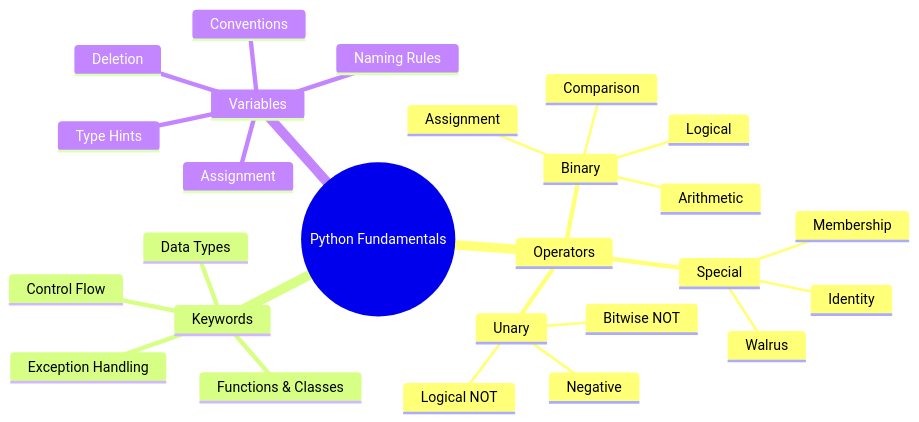
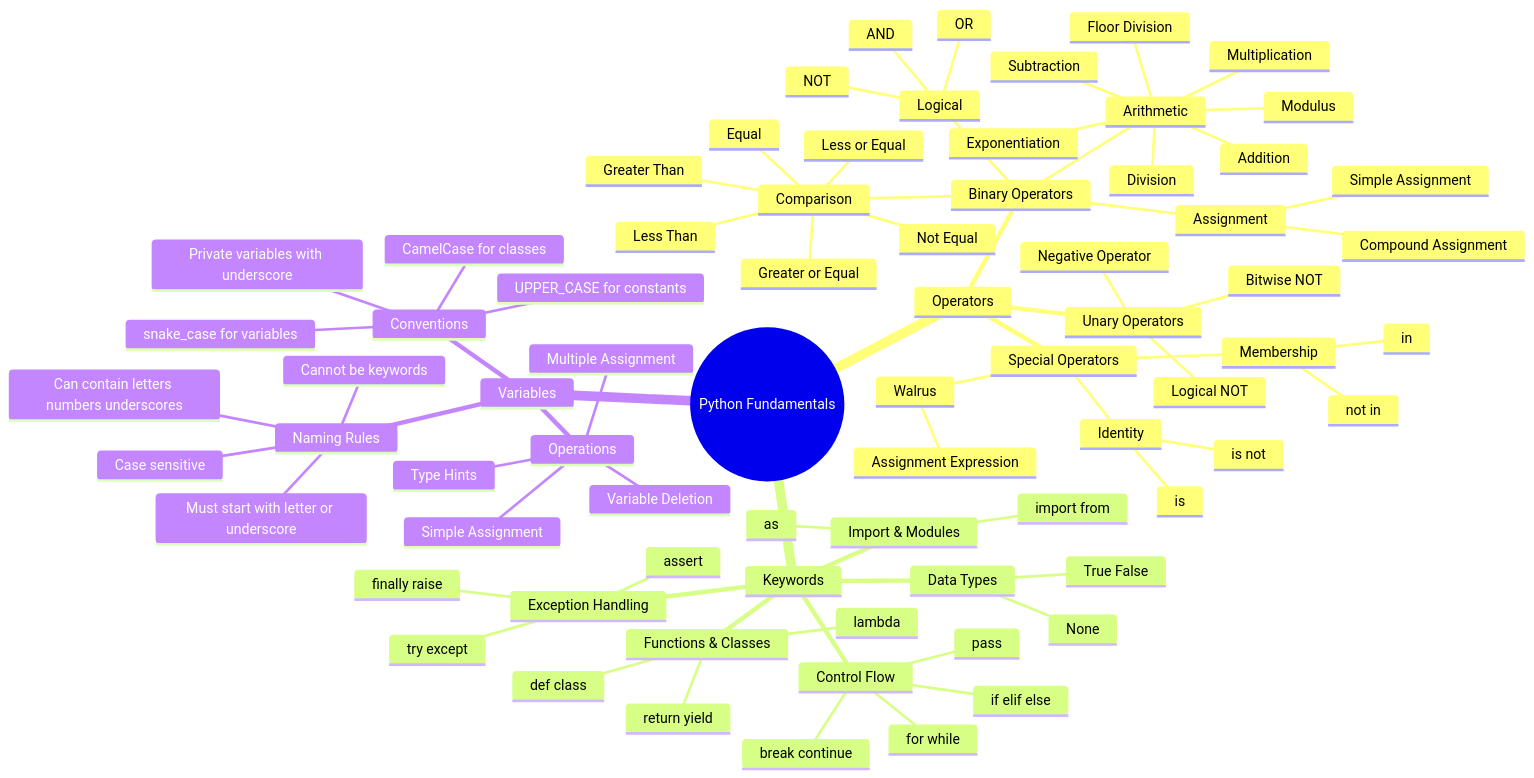
Before and after one commit to sayyamsheikh42/Python-Learning-Material: diagram 15 of 15 in 00_python_colab/03_operators_keywords_variables/readme.md, drawn with Mermaid.

````diff
--- a/00_python_colab/03_operators_keywords_variables/readme.md
+++ b/00_python_colab/03_operators_keywords_variables/readme.md
@@ -735,29 +735,77 @@
 ```mermaid
 mindmap
   root((Python Fundamentals))
     Operators
-      Unary
-        Negative
+      Unary Operators
+        Negative Operator
         Logical NOT
         Bitwise NOT
-      Binary
+      Binary Operators
         Arithmetic
+          Addition
+          Subtraction
+          Multiplication
+          Division
+          Floor Division
+          Modulus
+          Exponentiation
         Comparison
+          Equal
+          Not Equal
+          Less Than
+          Greater Than
+          Less or Equal
+          Greater or Equal
         Logical
+          AND
+          OR
+          NOT
         Assignment
-      Special
+          Simple Assignment
+          Compound Assignment
+      Special Operators
         Identity
+          is
+          is not
         Membership
+          in
+          not in
         Walrus
+          Assignment Expression
     Keywords
       Control Flow
+        if elif else
+        for while
+        break continue
+        pass
       Data Types
+        True False
+        None
       Functions & Classes
+        def class
+        return yield
+        lambda
       Exception Handling
+        try except
+        finally raise
+        assert
+      Import & Modules
+        import from
+        as
     Variables
       Naming Rules
+        Must start with letter or underscore
+        Can contain letters numbers underscores
+        Cannot be keywords
+        Case sensitive
       Conventions
-      Assignment
-      Type Hints
-      Deletion
+        snake_case for variables
+        CamelCase for classes
+        UPPER_CASE for constants
+        Private variables with underscore
+      Operations
+        Simple Assignment
+        Multiple Assignment
+        Type Hints
+        Variable Deletion
 ```
````
